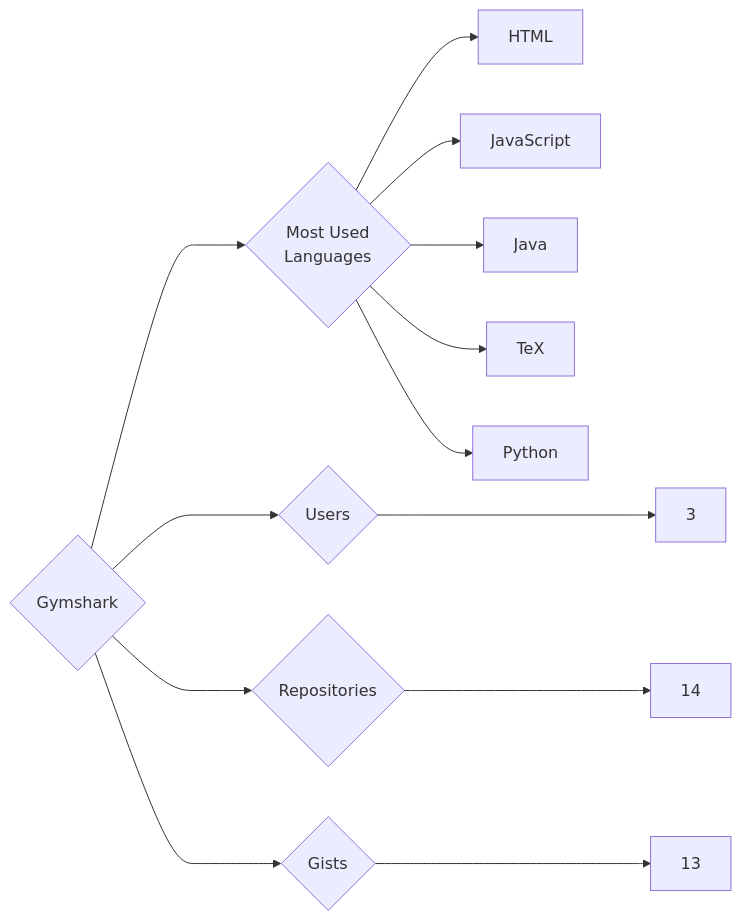
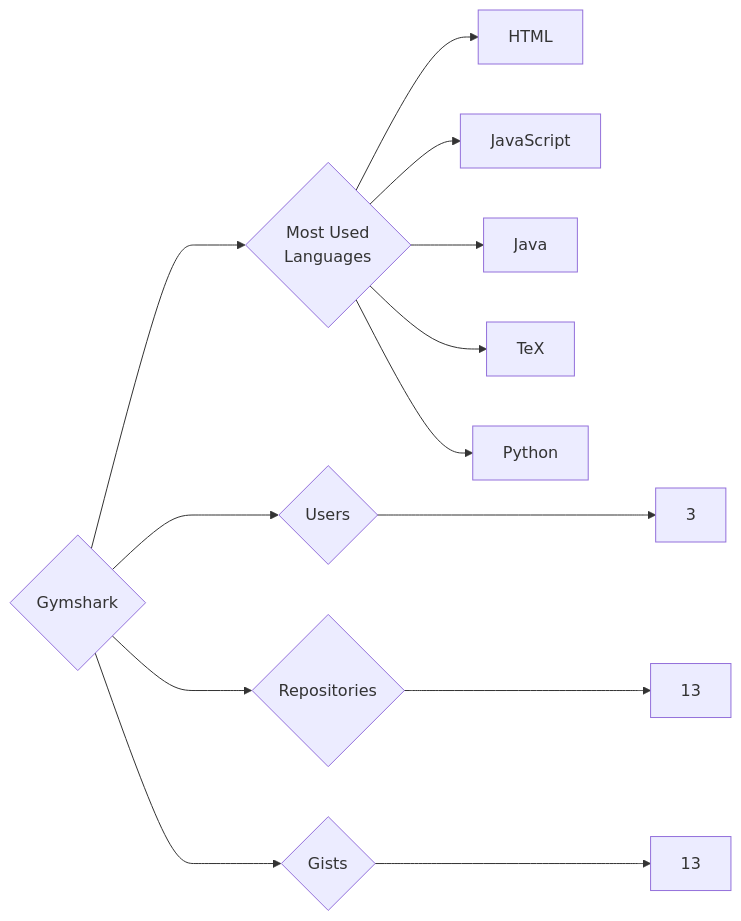
Before and after one commit to trickest/insiders: the diagram in targets/Gymshark/README.md, drawn with Mermaid. The commit also changed 1148 other files, not shown here.

````diff
--- a/targets/Gymshark/README.md
+++ b/targets/Gymshark/README.md
@@ -3,13 +3,13 @@
 ```mermaid
 graph LR
 COMPANY_NAME{Gymshark}
 COMPANY_NAME ---> U{Users} ---> UN[3]
-COMPANY_NAME ---> R{Repositories} ---> RN[14]
+COMPANY_NAME ---> R{Repositories} ---> RN[13]
 COMPANY_NAME ---> G{Gists} ---> GN[13]
 COMPANY_NAME ---> ML{Most Used<br>Languages}
 ML --> HTML[HTML]
 ML --> JavaScript[JavaScript]
 ML --> Java[Java]
 ML --> TeX[TeX]
 ML --> Python[Python]
 ```
````
